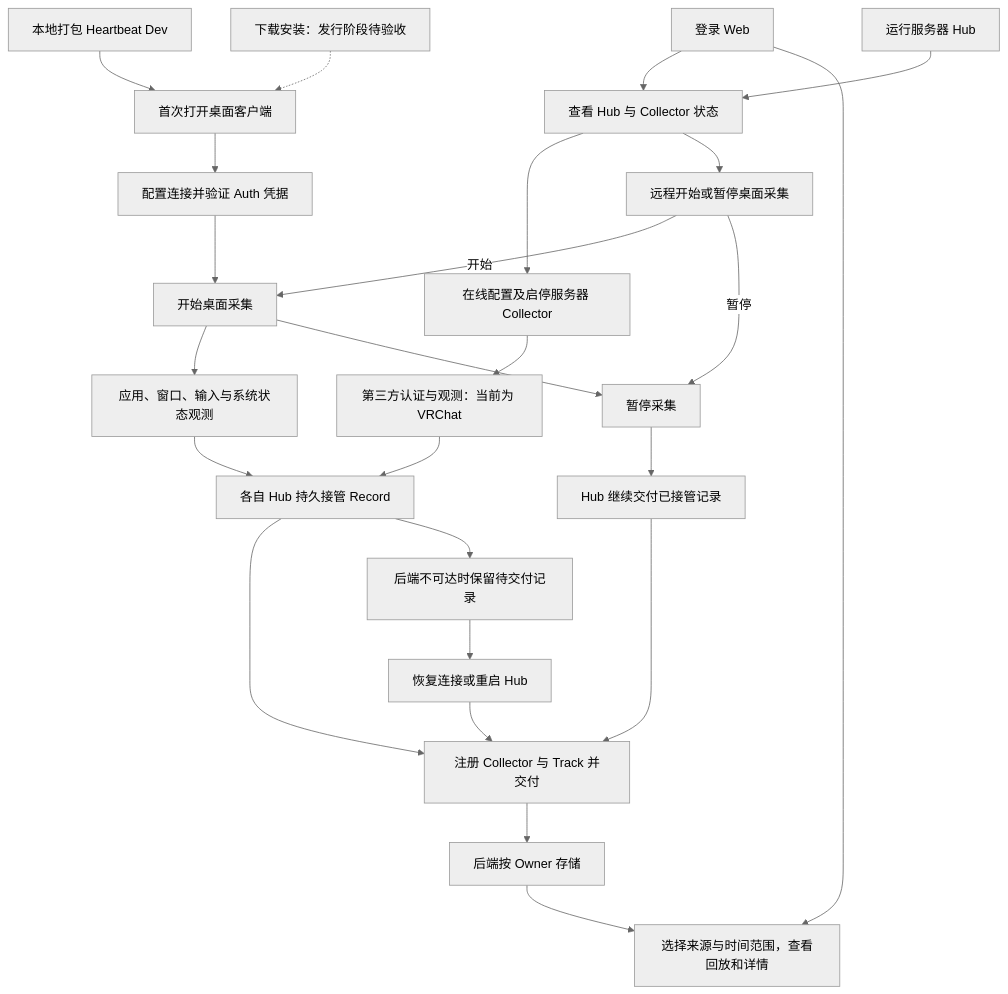
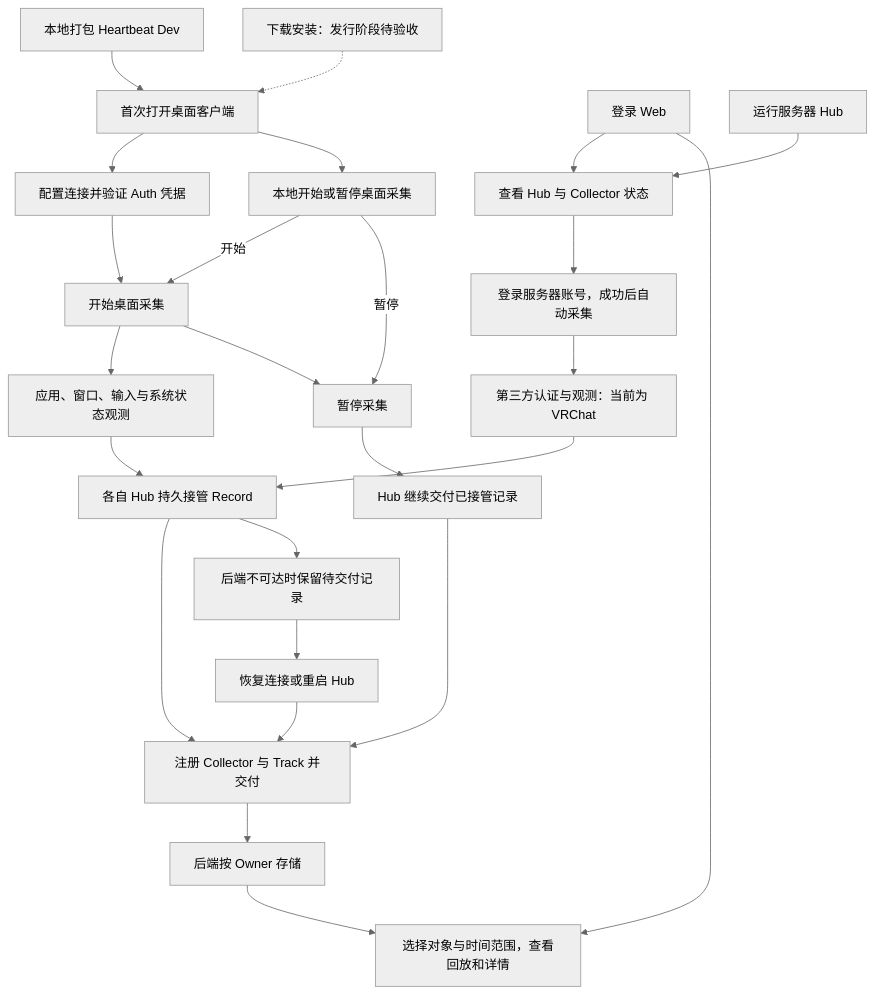
The first of 2 diagrams in docs/validation/business-coverage.md (shenxianovo/Heartbeat), drawn with Mermaid (neutral theme) before and after one commit. The commit also changed other lines of this file and 25 other files, not shown here.

````diff
--- a/docs/validation/business-coverage.md
+++ b/docs/validation/business-coverage.md
@@ -9,30 +11,30 @@
 ```mermaid
 flowchart TD
     Dev[本地打包 Heartbeat Dev] --> First[首次打开桌面客户端]
     Release[下载安装：发行阶段待验收] -.-> First
     First --> Configure[配置连接并验证 Auth 凭据]
     Configure --> Start[开始桌面采集]
     Start --> Observe[应用、窗口、输入与系统状态观测]
 
     Login[登录 Web] --> Manage[查看 Hub 与 Collector 状态]
     Server[运行服务器 Hub] --> Manage
-    Manage --> Remote[在线配置及启停服务器 Collector]
+    Manage --> Remote[登录服务器账号，成功后自动采集]
     Remote --> External[第三方认证与观测：当前为 VRChat]
-    Manage --> DesktopControl[远程开始或暂停桌面采集]
+    First --> DesktopControl[本地开始或暂停桌面采集]
     DesktopControl -->|开始| Start
     DesktopControl -->|暂停| Pause
 
     Observe --> Custody[各自 Hub 持久接管 Record]
     External --> Custody
     Custody --> Deliver[注册 Collector 与 Track 并交付]
     Deliver --> Stored[后端按 Owner 存储]
-    Stored --> Replay[选择来源与时间范围，查看回放和详情]
+    Stored --> Replay[选择对象与时间范围，查看回放和详情]
     Login --> Replay
 
     Custody --> Offline[后端不可达时保留待交付记录]
     Offline --> Restore[恢复连接或重启 Hub]
     Restore --> Deliver
     Start --> Pause[暂停采集]
     Pause --> ContinueDelivery[Hub 继续交付已接管记录]
     ContinueDelivery --> Deliver
 ```
````
